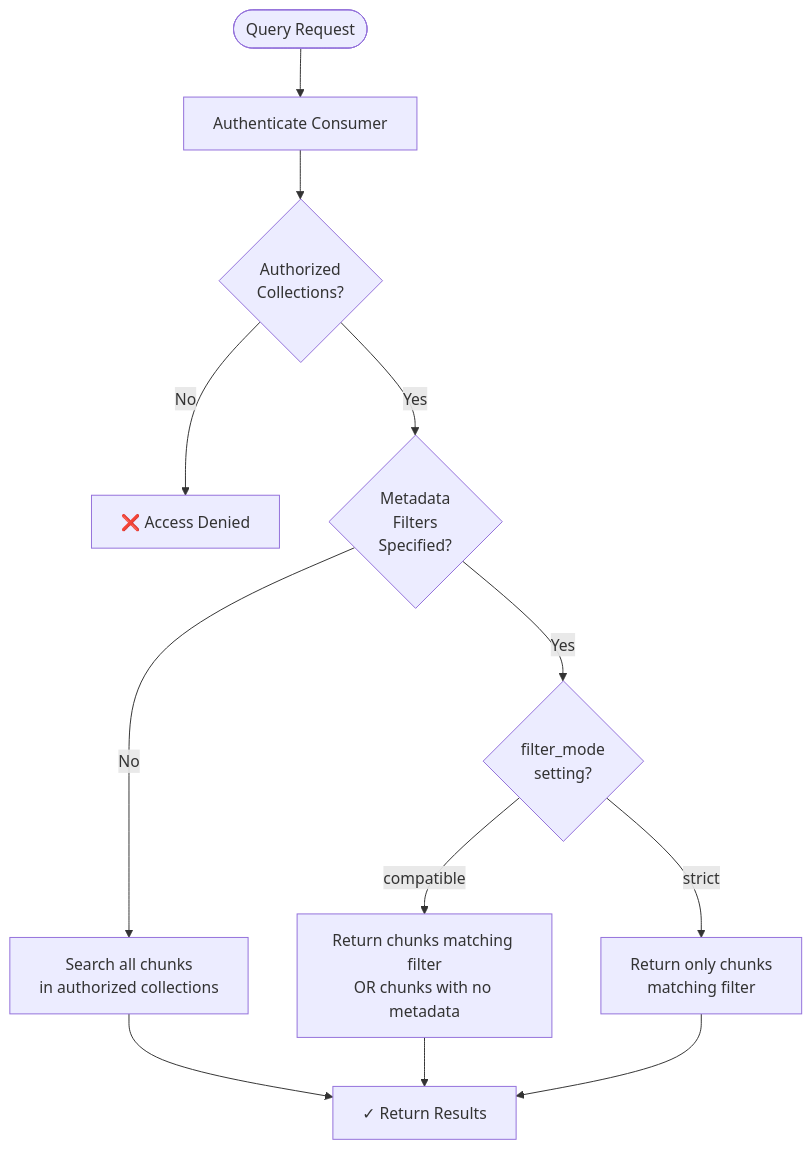
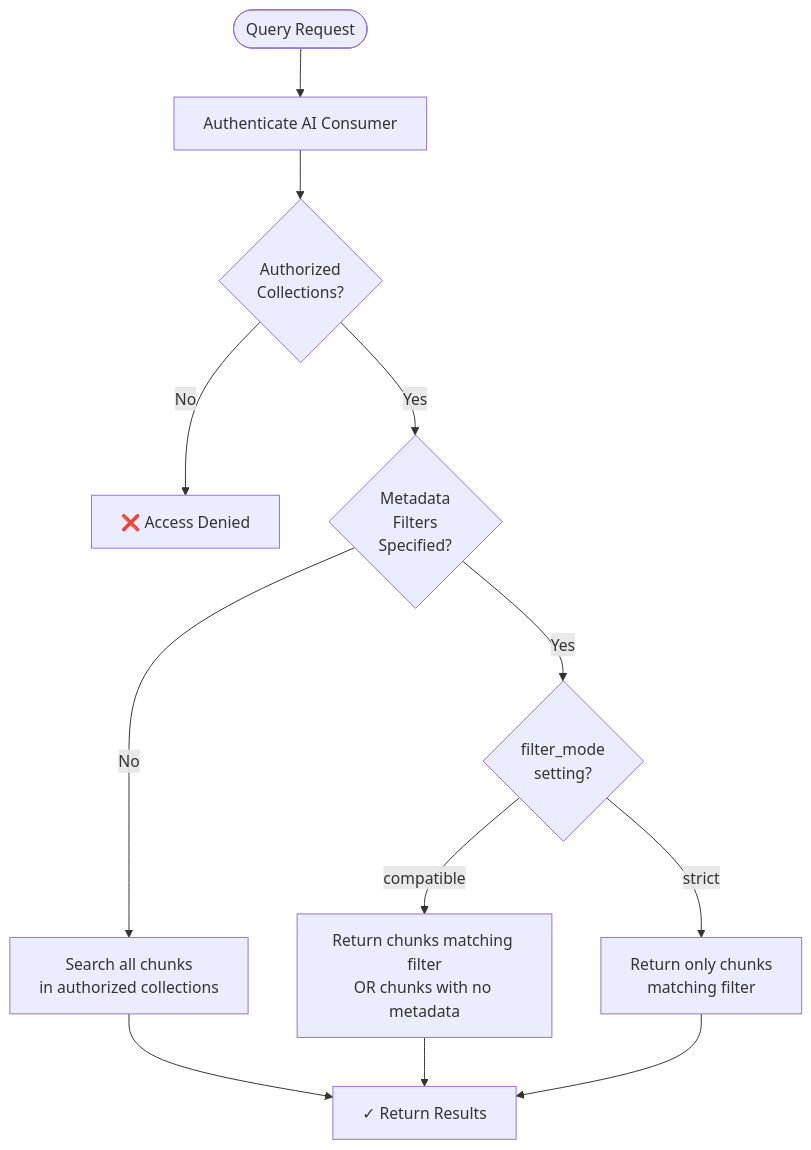
One commit to Kong/developer.konghq.com changed the third of 3 diagrams in app/_ai_gateway_policies/ai-rag-injector/index.md. Above: the diagram before and after it, drawn with Mermaid. The commit also changed other lines of this file, not shown here.

```diff
--- a/app/_ai_gateway_policies/ai-rag-injector/index.md
+++ b/app/_ai_gateway_policies/ai-rag-injector/index.md
@@ -477,14 +460,14 @@
 {% mermaid %}
 flowchart TB
-    Start([Query Request]) --> Auth[Authenticate Consumer]
+    Start([Query Request]) --> Auth[Authenticate AI Consumer]
     Auth --> CheckACL{Authorized<br/>Collections?}
     CheckACL -->|No| Deny[❌ Access Denied]
     CheckACL -->|Yes| HasFilter{Metadata<br/>Filters<br/>Specified?}
     HasFilter -->|No| SearchAll[Search all chunks<br/>in authorized collections]
     HasFilter -->|Yes| FilterMode{filter_mode<br/>setting?}
     FilterMode -->|compatible| SearchCompat[Return chunks matching filter<br/>OR chunks with no metadata]
     FilterMode -->|strict| SearchStrict[Return only chunks<br/>matching filter]
     SearchAll --> Return[✓ Return Results]
     SearchCompat --> Return
     SearchStrict --> Return
 {% endmermaid %}
```
